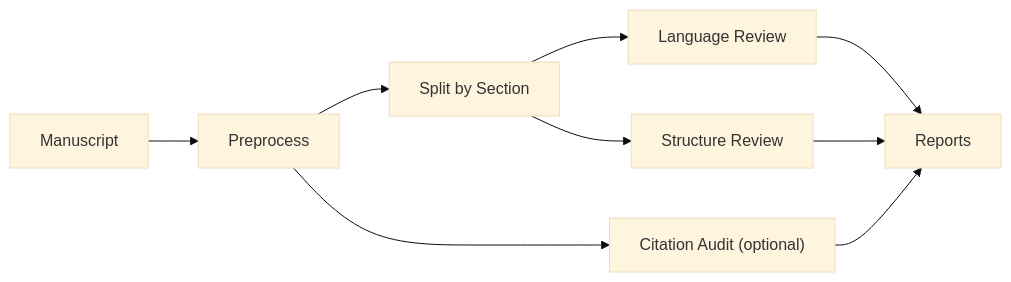
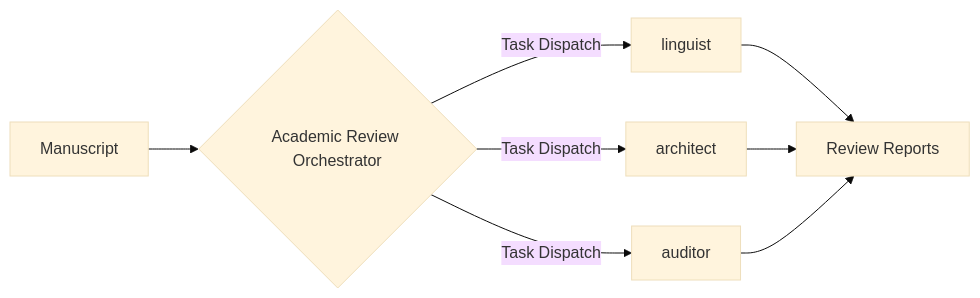
One commit to Jidi1997/academic-auto-reviewer changed the diagram in README.md. Above: the diagram before and after it, drawn with Mermaid (base theme). The commit also changed other lines of this file and 1 other file, not shown here.

Commit message:
Refine README positioning and audit messaging

````diff
--- a/README.md
+++ b/README.md
@@ -69,11 +66,10 @@
 ```mermaid
 graph LR
-    A["Manuscript"] --> B["Preprocess"]
-    B --> C["Split by Section"]
-    C --> D["Language Review"]
-    C --> E["Structure Review"]
-    B --> F["Citation Audit (optional)"]
-    D --> G["Reports"]
-    E --> G
-    F --> G
+    Input["Manuscript"] --> orchestrator{"Academic Review Orchestrator"}
+    orchestrator -->|"Task Dispatch"| linguist["linguist"]
+    orchestrator -->|"Task Dispatch"| architect["architect"]
+    orchestrator -->|"Task Dispatch"| auditor["auditor"]
+    linguist --> Output["Review Reports"]
+    architect --> Output
+    auditor --> Output
 ```
````
